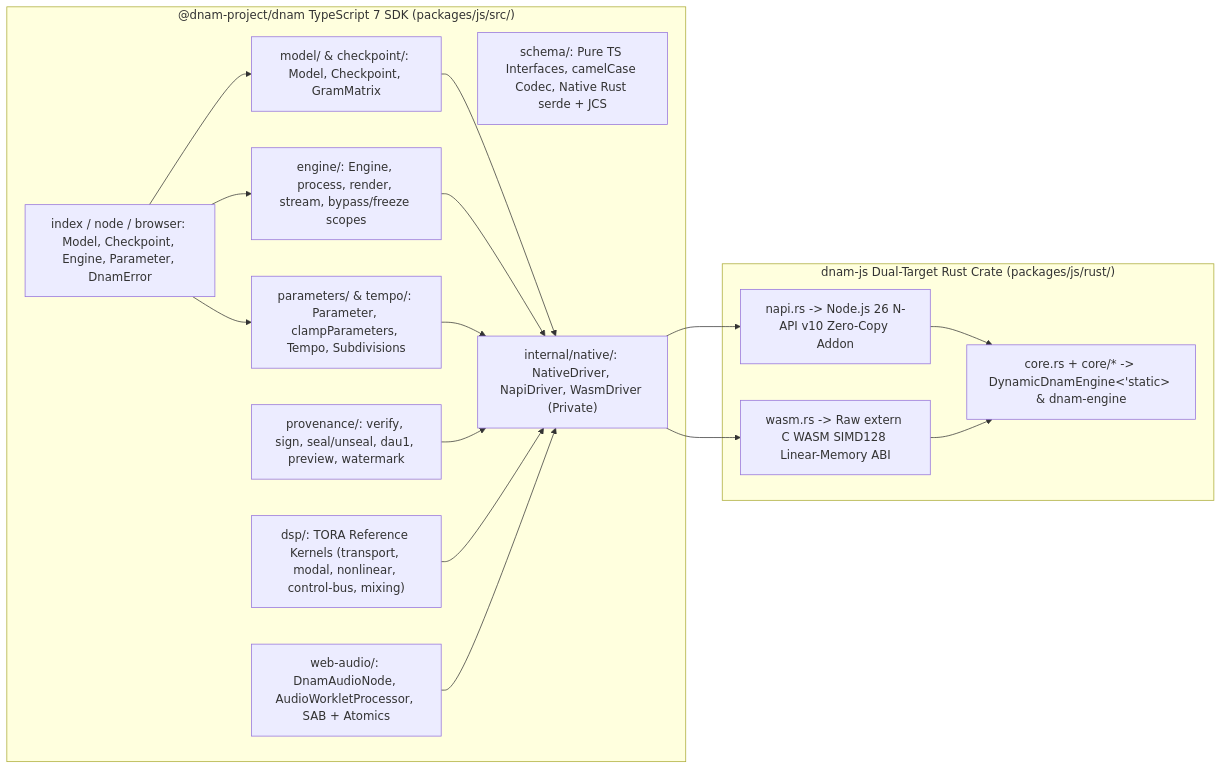
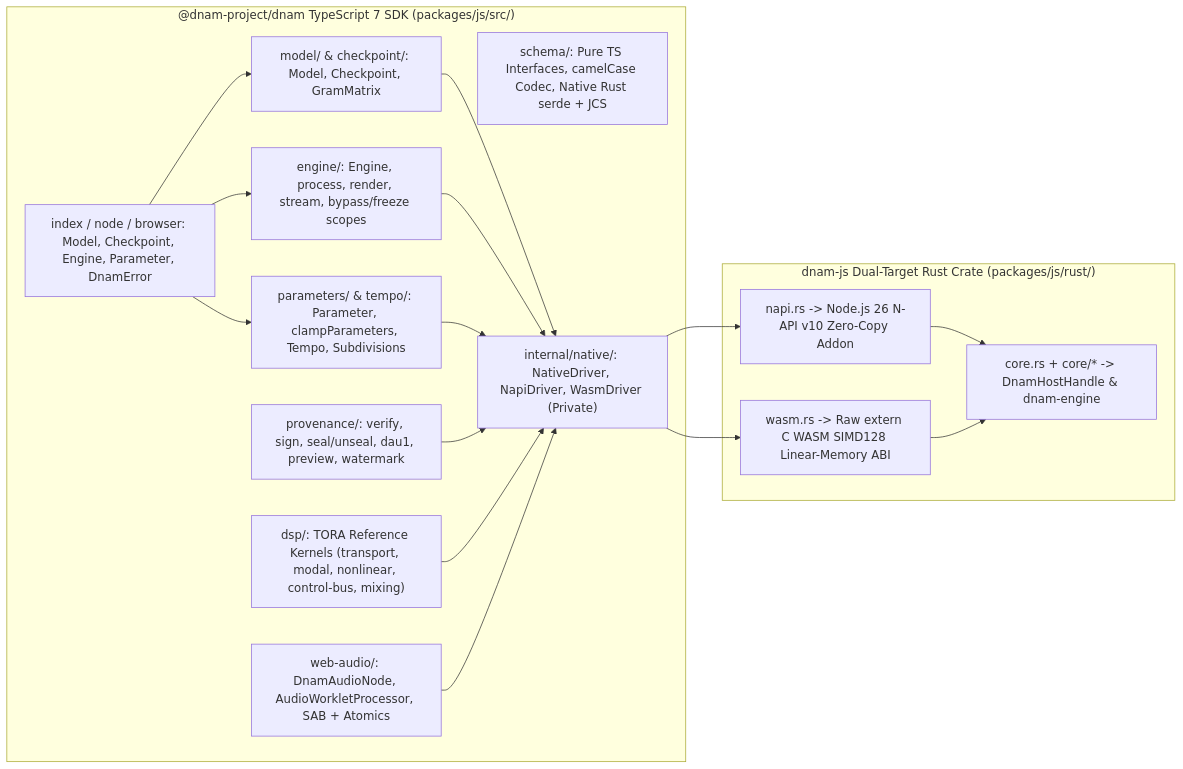
The diagram in docs/specs/sdks/typescript_sdk.md (dnam-project/dnam), drawn with Mermaid before and after one commit. The commit also changed other lines of this file and 44 other files, not shown here.

First line of the commit message:
feat(engine,python,js): add safe lock-free SPSC control ingress, wait-free telemetry seqlock, and DnamHostHandle

````diff
--- a/docs/specs/sdks/typescript_sdk.md
+++ b/docs/specs/sdks/typescript_sdk.md
@@ -39,25 +40,25 @@
 ```mermaid
 flowchart LR
     subgraph TsSDK ["@dnam-project/dnam TypeScript 7 SDK (packages/js/src/)"]
         Top["index / node / browser: Model, Checkpoint, Engine, Parameter, DnamError"]
         Mod["model/ & checkpoint/: Model, Checkpoint, GramMatrix"]
         Eng["engine/: Engine, process, render, stream, bypass/freeze scopes"]
         Par["parameters/ & tempo/: Parameter, clampParameters, Tempo, Subdivisions"]
         Sch["schema/: Pure TS Interfaces, camelCase Codec, Native Rust serde + JCS"]
         Prov["provenance/: verify, sign, seal/unseal, dau1, preview, watermark"]
         Dsp["dsp/: TORA Reference Kernels (transport, modal, nonlinear, control-bus, mixing)"]
         Web["web-audio/: DnamAudioNode, AudioWorkletProcessor, SAB + Atomics"]
         Int["internal/native/: NativeDriver, NapiDriver, WasmDriver (Private)"]
     end
 
     subgraph RustCrate ["dnam-js Dual-Target Rust Crate (packages/js/rust/)"]
-        RCore["core.rs + core/* -> DynamicDnamEngine<'static> & dnam-engine"]
+        RCore["core.rs + core/* -> DnamHostHandle & dnam-engine"]
         RNapi["napi.rs -> Node.js 26 N-API v10 Zero-Copy Addon"]
         RWasm["wasm.rs -> Raw extern C WASM SIMD128 Linear-Memory ABI"]
     end
 
     Top --> Mod & Eng & Par
     Mod & Eng & Par & Prov & Dsp & Web --> Int
     Int --> RNapi & RWasm
     RNapi & RWasm --> RCore
 ```
````
